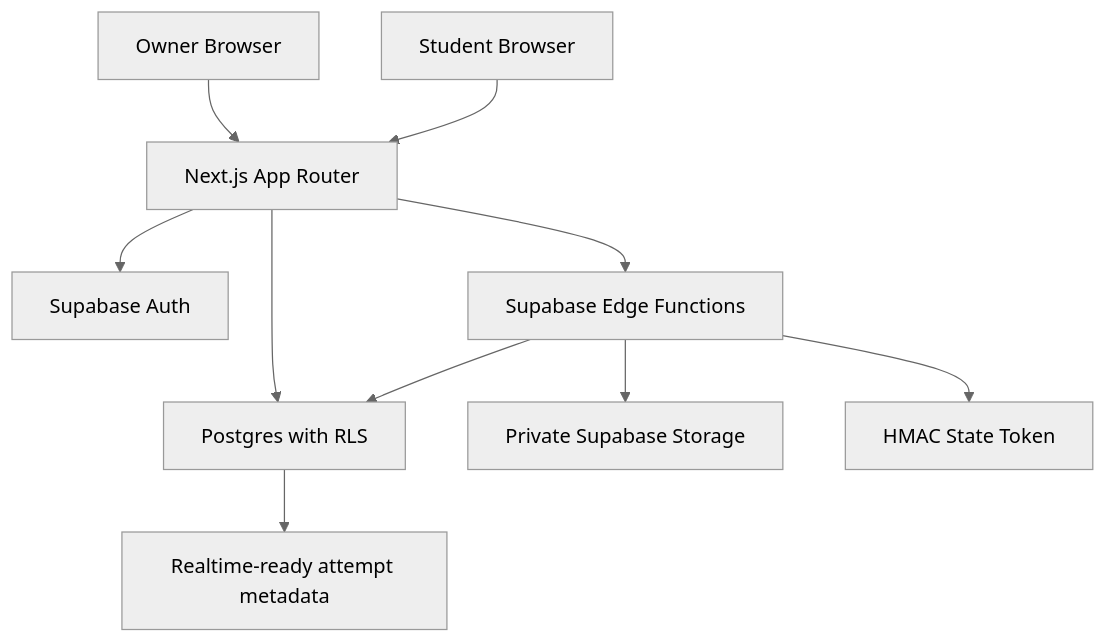
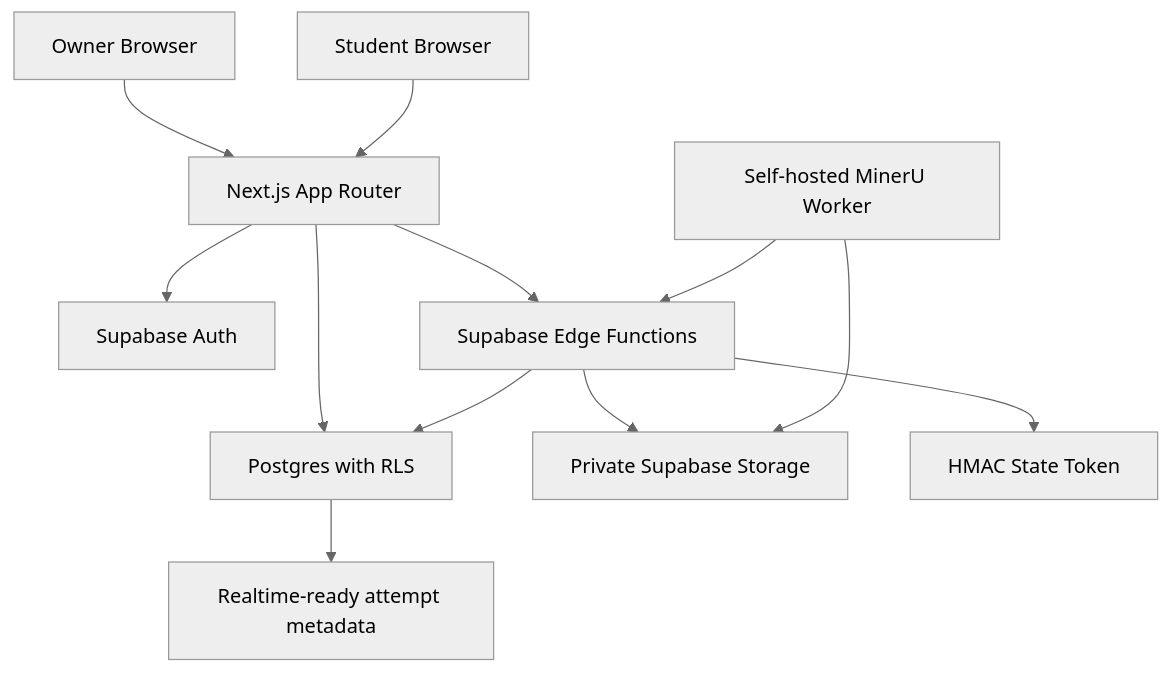
The first of 2 diagrams in ARCHITECTURE.md (123UsernamemanresU321/ExamSim), drawn with Mermaid (neutral theme) before and after one commit. The commit also changed other lines of this file and 62 other files, not shown here.

````diff
--- a/ARCHITECTURE.md
+++ b/ARCHITECTURE.md
@@ -3,12 +3,14 @@
 ```mermaid
 flowchart TD
   Owner["Owner Browser"] --> Next["Next.js App Router"]
   Student["Student Browser"] --> Next
   Next --> SupabaseAuth["Supabase Auth"]
   Next --> RLS["Postgres with RLS"]
   Next --> Edge["Supabase Edge Functions"]
   Edge --> RLS
   Edge --> Storage["Private Supabase Storage"]
   Edge --> Token["HMAC State Token"]
   RLS --> Realtime["Realtime-ready attempt metadata"]
+  Worker["Self-hosted MinerU Worker"] --> Edge
+  Worker --> Storage
 ```
````
